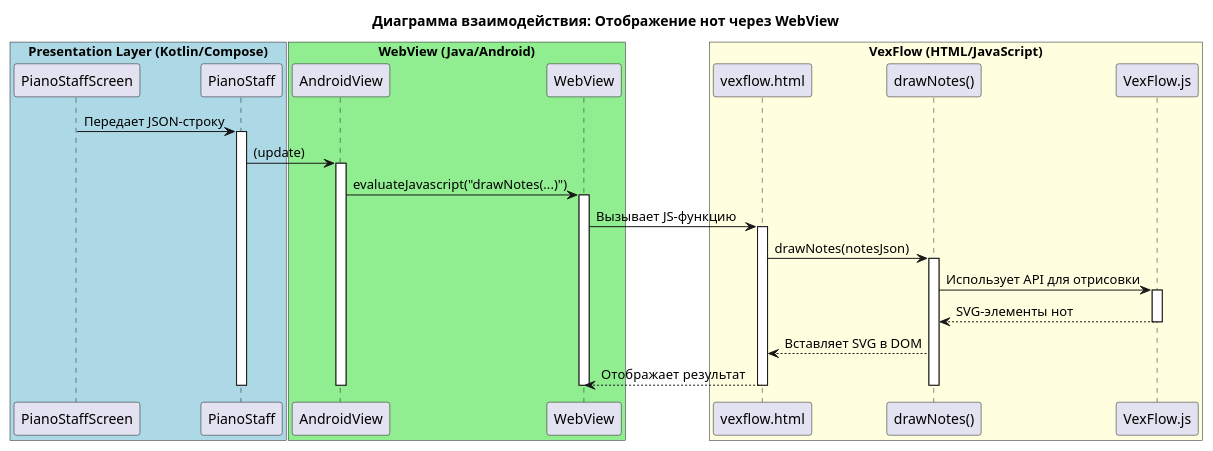
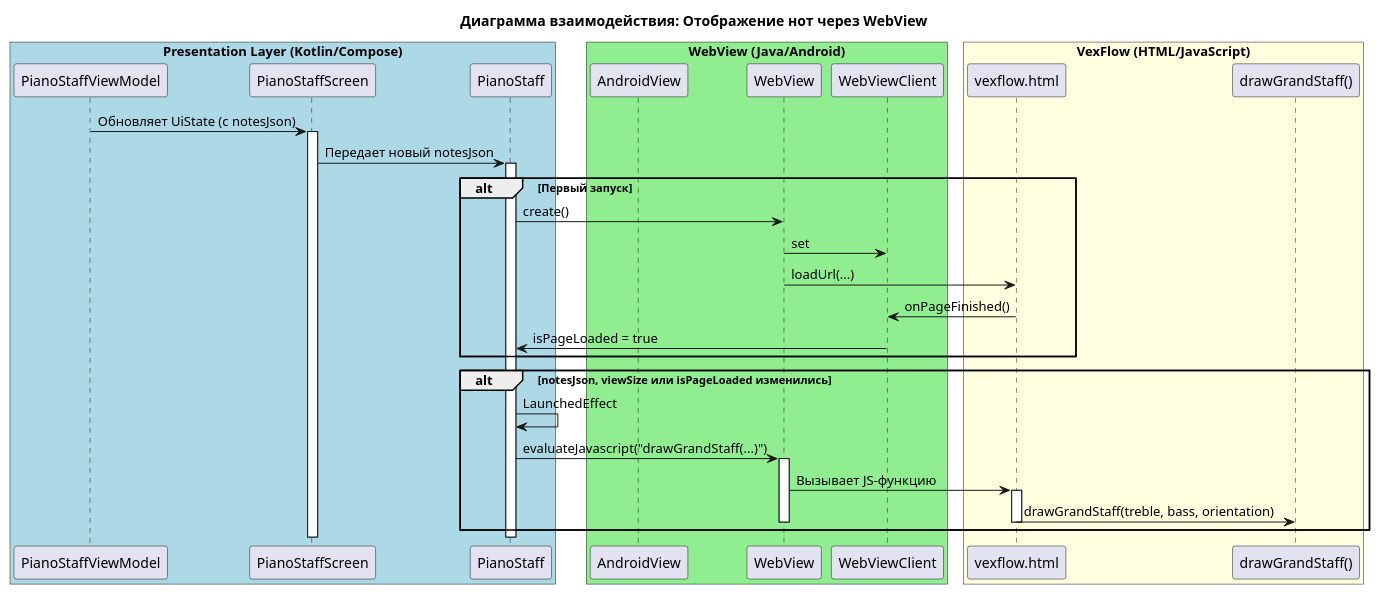
One commit to astrizhachuk/PianoFlow changed the seventh of 7 diagrams in docs/ru/ts/MIDI_MESSAGE_PROCESSING.md. Above: the diagram before and after it, drawn with PlantUML. The commit also changed other lines of this file, not shown here.

First line of the commit message:
docs(ts): обновить документацию по отрисовке нот

````diff
--- a/docs/ru/ts/MIDI_MESSAGE_PROCESSING.md
+++ b/docs/ru/ts/MIDI_MESSAGE_PROCESSING.md
@@ -359,51 +426,51 @@
 ```plantuml
 @startuml
 title Диаграмма взаимодействия: Отображение нот через WebView
 
 box "Presentation Layer (Kotlin/Compose)" #LightBlue
+    participant "PianoStaffViewModel" as VM
     participant "PianoStaffScreen" as Screen
     participant "PianoStaff" as StaffComposable
 end box
 
 box "WebView (Java/Android)" #LightGreen
     participant "AndroidView" as AndroidView
     participant "WebView" as WebView
+    participant "WebViewClient" as WebViewClient
 end box
 
 box "VexFlow (HTML/JavaScript)" #LightYellow
     participant "vexflow.html" as HtmlPage
-    participant "drawNotes()" as DrawJsFunc
-    participant "VexFlow.js" as VexFlowLib
+    participant "drawGrandStaff()" as DrawJsFunc
 end box
 
-Screen -> StaffComposable : Передает JSON-строку
+VM -> Screen : Обновляет UiState (с notesJson)
+activate Screen
+
+Screen -> StaffComposable : Передает новый notesJson
 activate StaffComposable
 
-StaffComposable -> AndroidView : (update)
-activate AndroidView
+alt Первый запуск
+    StaffComposable -> WebView : create()
+    WebView -> WebViewClient : set
+    WebView -> HtmlPage : loadUrl(...)
+    HtmlPage -> WebViewClient : onPageFinished()
+    WebViewClient -> StaffComposable : isPageLoaded = true
+end
 
-AndroidView -> WebView : evaluateJavascript("drawNotes(...)")
-activate WebView
+alt notesJson, viewSize или isPageLoaded изменились
+    StaffComposable -> StaffComposable : LaunchedEffect
+    StaffComposable -> WebView : evaluateJavascript("drawGrandStaff(...)")
+    activate WebView
+    WebView -> HtmlPage : Вызывает JS-функцию
+    activate HtmlPage
+    HtmlPage -> DrawJsFunc : drawGrandStaff(treble, bass, orientation)
+    deactivate HtmlPage
+    deactivate WebView
+end
+deactivate StaffComposable
+deactivate Screen
 
-WebView -> HtmlPage : Вызывает JS-функцию
-activate HtmlPage
-
-HtmlPage -> DrawJsFunc : drawNotes(notesJson)
-activate DrawJsFunc
-
-DrawJsFunc -> VexFlowLib : Использует API для отрисовки
-activate VexFlowLib
-VexFlowLib --> DrawJsFunc : SVG-элементы нот
-deactivate VexFlowLib
-
-DrawJsFunc --> HtmlPage : Вставляет SVG в DOM
-
-HtmlPage --> WebView : Отображает результат
-deactivate DrawJsFunc
-deactivate HtmlPage
-deactivate WebView
-deactivate AndroidView
-deactivate StaffComposable
 
 @enduml
 ```
````
